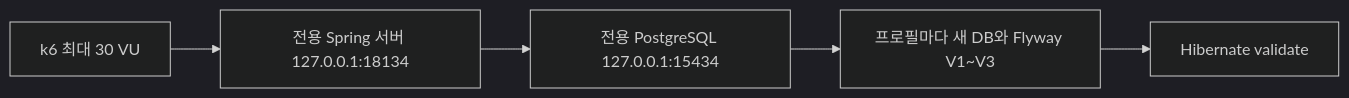
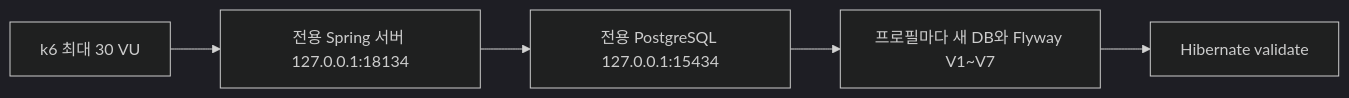
Before and after one commit to Bin-925/job-application-tracker: the diagram in docs/LOAD_TESTING.md, drawn with Mermaid (dark theme). The commit also changed other lines of this file and 21 other files, not shown here.

````diff
--- a/docs/LOAD_TESTING.md
+++ b/docs/LOAD_TESTING.md
@@ -65,7 +80,7 @@
 ```mermaid
 flowchart LR
     K[k6 최대 30 VU] --> B[전용 Spring 서버 127.0.0.1:18134]
     B --> D[전용 PostgreSQL 127.0.0.1:15434]
-    D --> F[프로필마다 새 DB와 Flyway V1~V3]
+    D --> F[프로필마다 새 DB와 Flyway V1~V7]
     F --> V[Hibernate validate]
 ```
````
